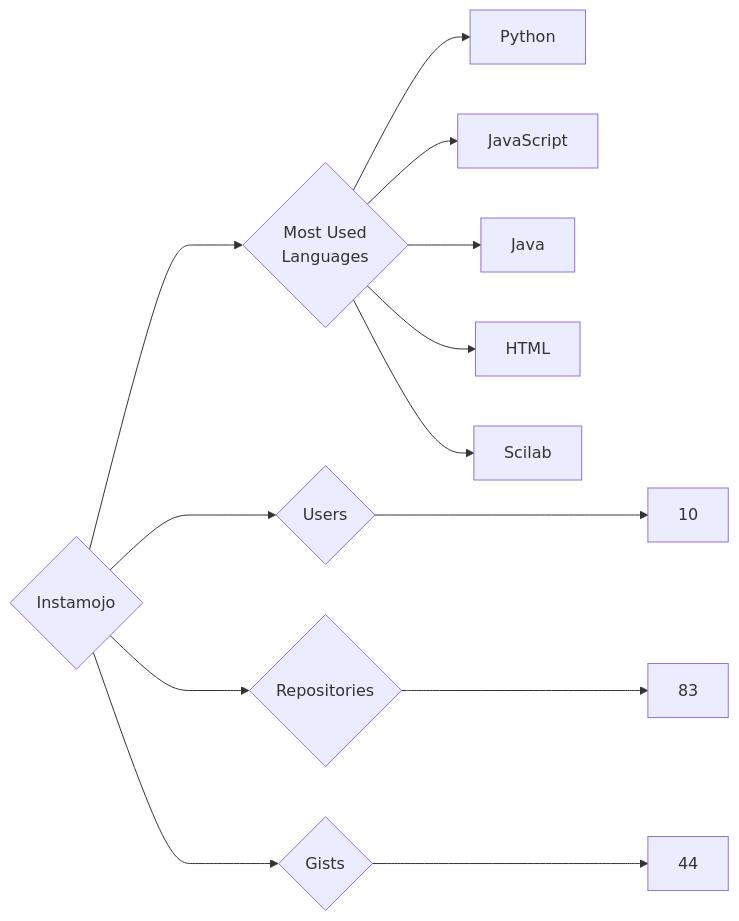
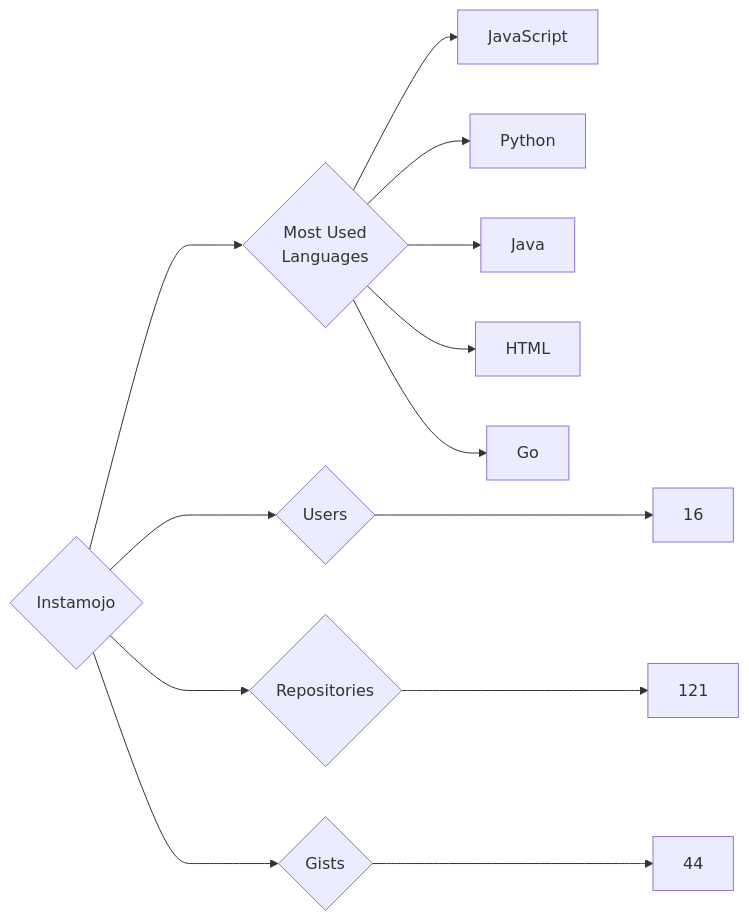
The diagram in targets/Instamojo/README.md (trickest/insiders), drawn with Mermaid before and after one commit. The commit also changed 888 other files, not shown here.

````diff
--- a/targets/Instamojo/README.md
+++ b/targets/Instamojo/README.md
@@ -3,13 +3,13 @@
 ```mermaid
 graph LR
 COMPANY_NAME{Instamojo}
-COMPANY_NAME ---> U{Users} ---> UN[10]
-COMPANY_NAME ---> R{Repositories} ---> RN[83]
+COMPANY_NAME ---> U{Users} ---> UN[16]
+COMPANY_NAME ---> R{Repositories} ---> RN[121]
 COMPANY_NAME ---> G{Gists} ---> GN[44]
 COMPANY_NAME ---> ML{Most Used<br>Languages}
+ML --> JavaScript[JavaScript]
 ML --> Python[Python]
-ML --> JavaScript[JavaScript]
 ML --> Java[Java]
 ML --> HTML[HTML]
-ML --> Scilab[Scilab]
+ML --> Go[Go]
 ```
````
